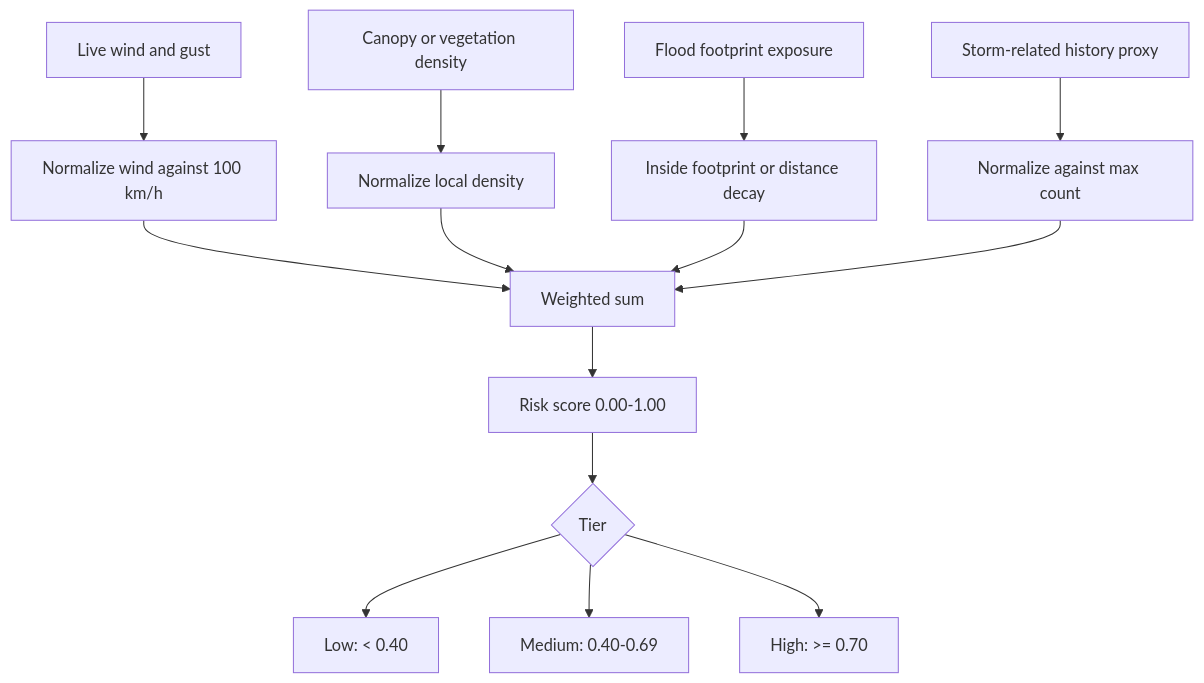
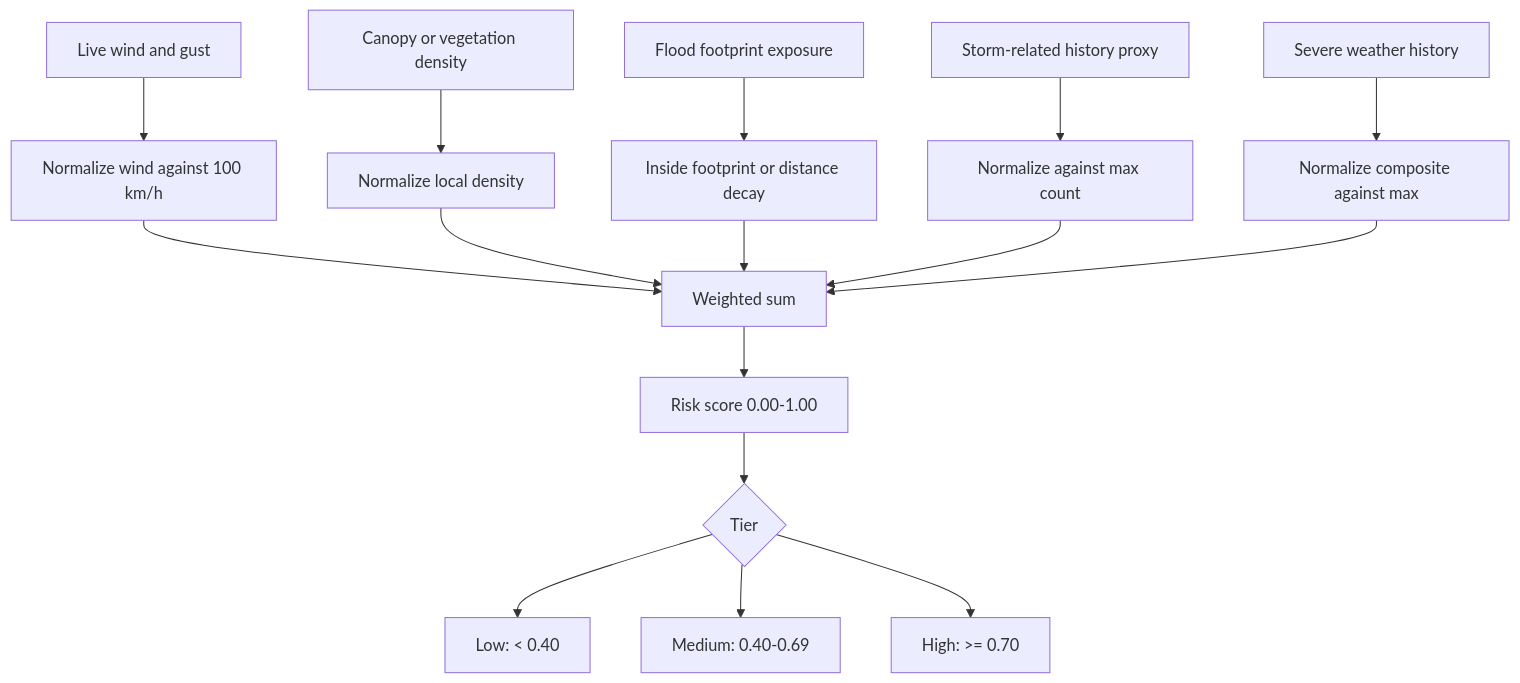
One commit to bmar1/voltex changed the sixth of 9 diagrams in docs/01-system-design.md. Above: the diagram before and after it, drawn with Mermaid. The commit also changed other lines of this file and 13 other files, not shown here.

````diff
--- a/docs/01-system-design.md
+++ b/docs/01-system-design.md
@@ -222,18 +252,20 @@
 ```mermaid
 flowchart TD
   wind[Live wind and gust] --> nw[Normalize wind against 100 km/h]
   canopy[Canopy or vegetation density] --> nc[Normalize local density]
   flood[Flood footprint exposure] --> nf[Inside footprint or distance decay]
   history[Storm-related history proxy] --> nh[Normalize against max count]
+  wxhist[Severe weather history] --> nwx[Normalize composite against max]
 
   nw --> weighted[Weighted sum]
   nc --> weighted
   nf --> weighted
   nh --> weighted
+  nwx --> weighted
 
   weighted --> score[Risk score 0.00-1.00]
   score --> tier{Tier}
   tier --> low[Low: < 0.40]
   tier --> medium[Medium: 0.40-0.69]
   tier --> high[High: >= 0.70]
 ```
````
